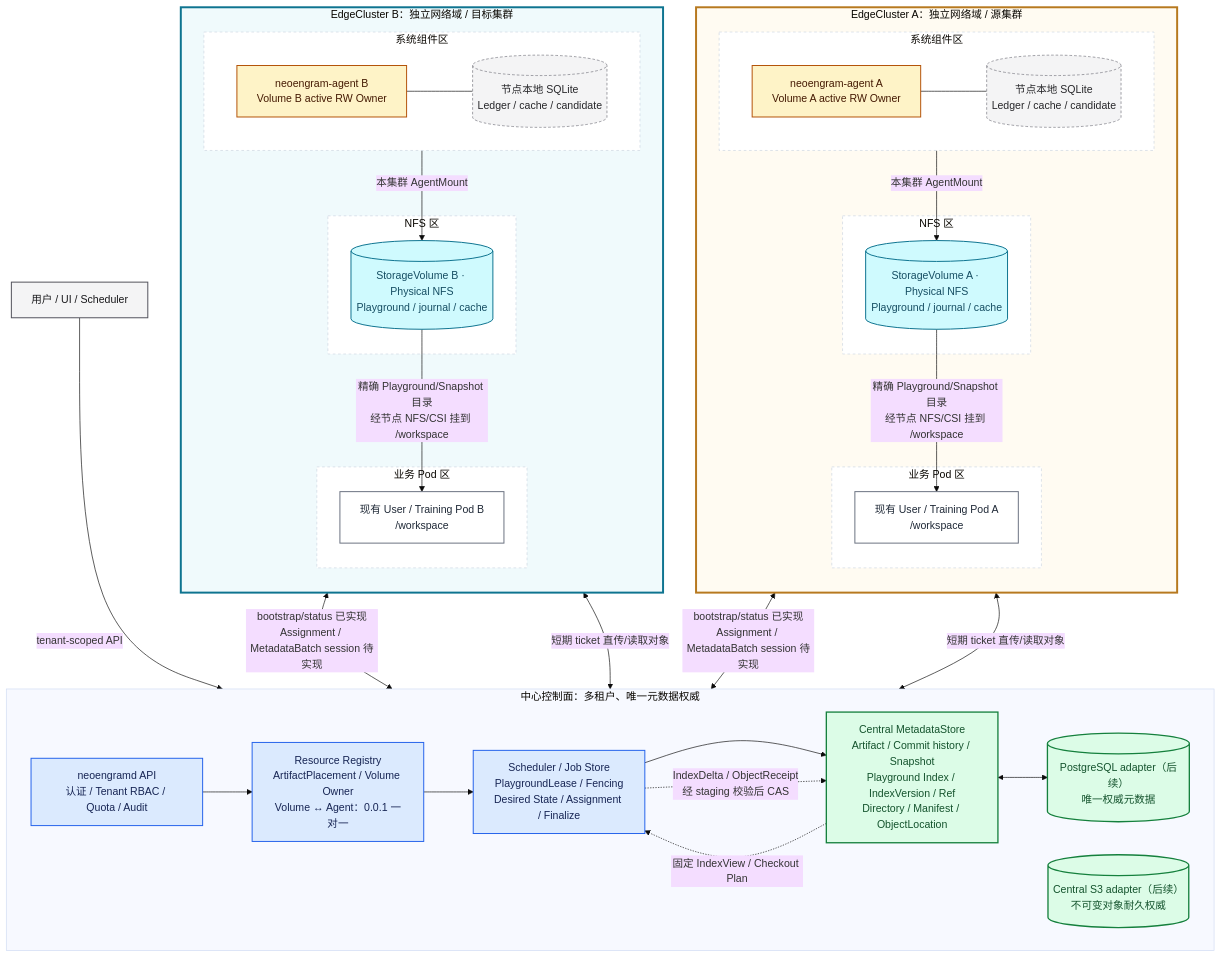
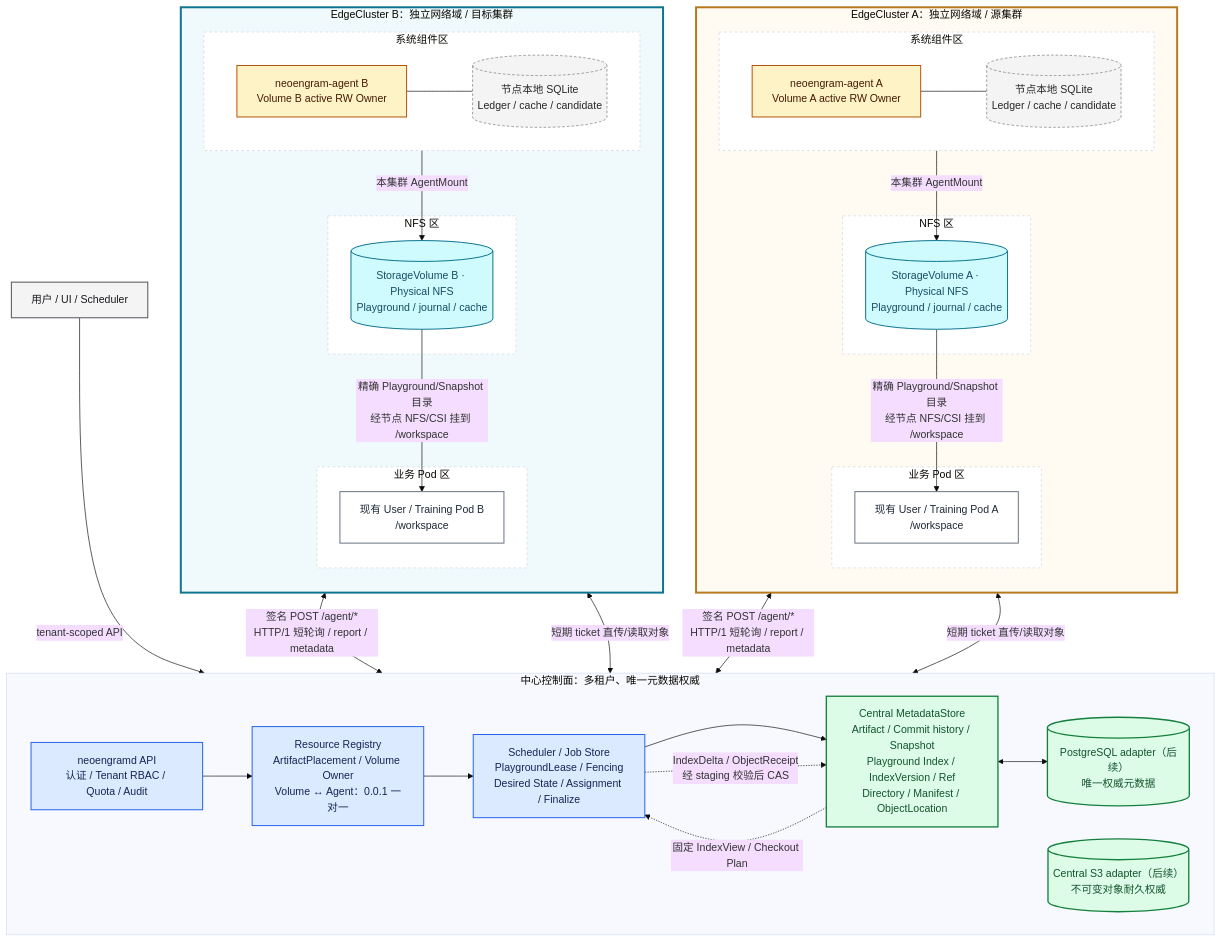
One commit to kwsc98/neoengram changed the diagram in docs/agent-central-control.md. Above: the diagram before and after it, drawn with Mermaid (base theme). The commit also changed other lines of this file and 108 other files, not shown here.

Commit message:
feat: complete agent transport and web catalog flow

```diff
--- a/docs/agent-central-control.md
+++ b/docs/agent-central-control.md
@@ -368,8 +370,8 @@
 
     USER -->|"tenant-scoped API"| API
 
-    AGENT_A <-->|"bootstrap/status 已实现<br/>Assignment / MetadataBatch session 待实现"| JOBS
-    AGENT_B <-->|"bootstrap/status 已实现<br/>Assignment / MetadataBatch session 待实现"| JOBS
+    AGENT_A <-->|"签名 POST /agent/*<br/>HTTP/1 短轮询 / report / metadata"| JOBS
+    AGENT_B <-->|"签名 POST /agent/*<br/>HTTP/1 短轮询 / report / metadata"| JOBS
     AGENT_A <-->|"短期 ticket 直传/读取对象"| S3
     AGENT_B <-->|"短期 ticket 直传/读取对象"| S3
 
```
